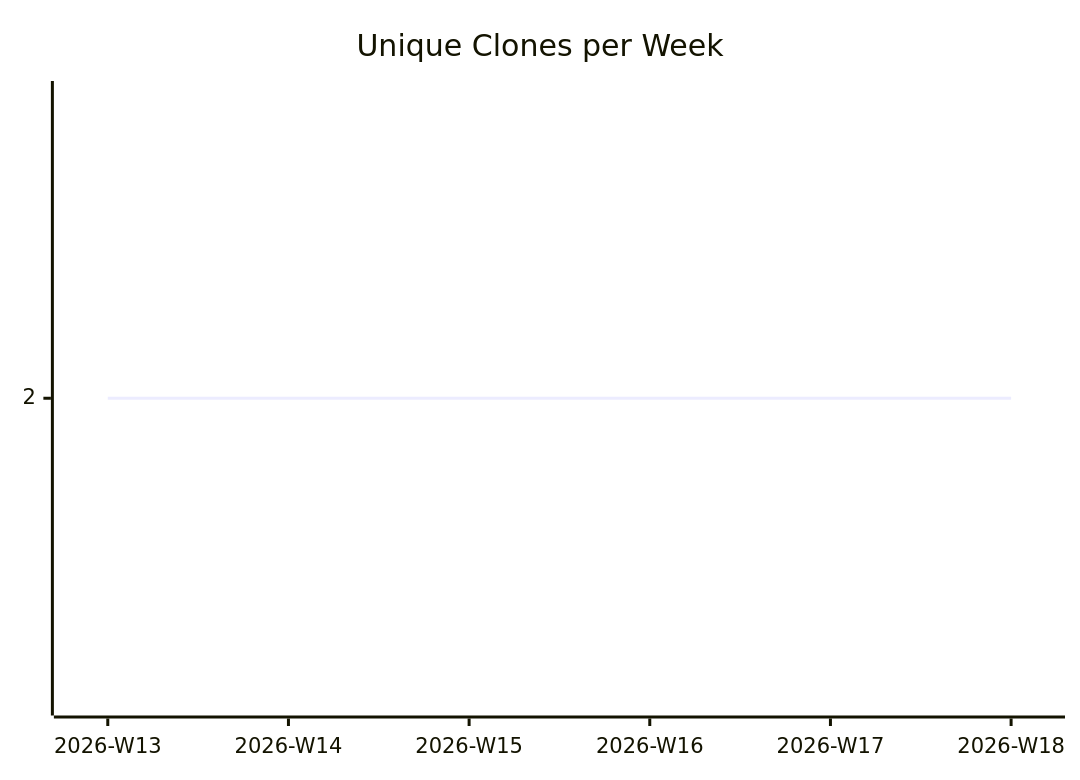
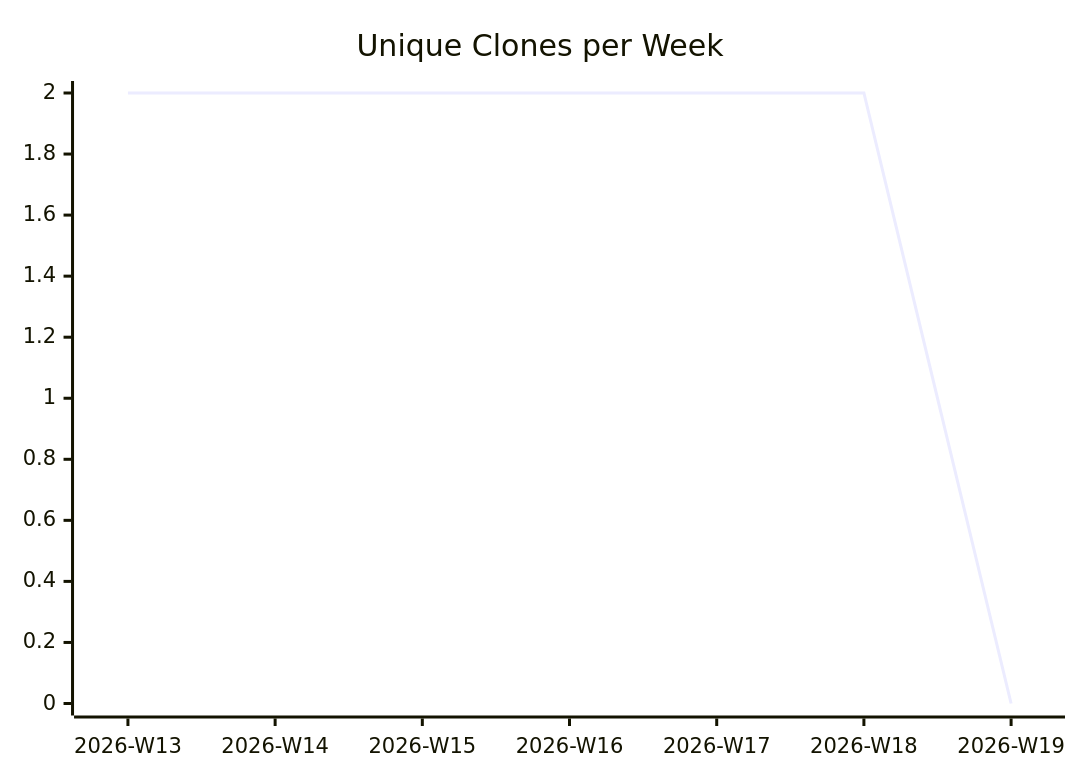
Before and after one commit to justdavis-family/github-analytics-data: the third of 3 diagrams in karlmdavis/rps-tourney/README.md, drawn with Mermaid. The commit also changed other lines of this file and 187 other files, not shown here.

````diff
--- a/karlmdavis/rps-tourney/README.md
+++ b/karlmdavis/rps-tourney/README.md
@@ -19,6 +19,6 @@
 ```mermaid
 xychart-beta
   title "Unique Clones per Week"
-  x-axis ["2026-W13", "2026-W14", "2026-W15", "2026-W16", "2026-W17", "2026-W18"]
-  line [2, 2, 2, 2, 2, 2]
+  x-axis ["2026-W13", "2026-W14", "2026-W15", "2026-W16", "2026-W17", "2026-W18", "2026-W19"]
+  line [2, 2, 2, 2, 2, 2, 0]
 ```
````
